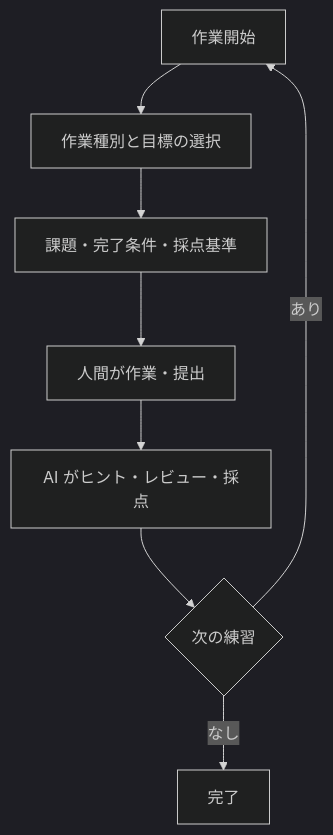
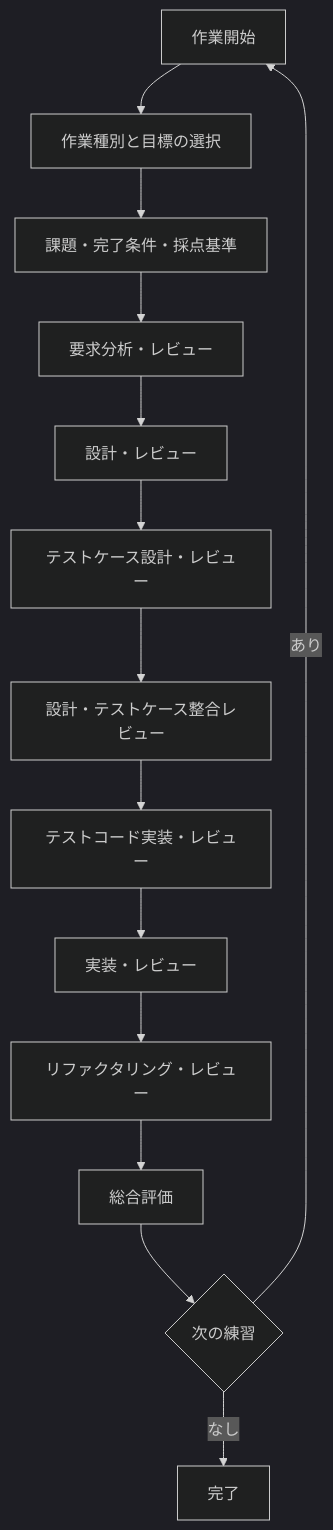
The diagram in .agents/guide/meta/project-flow.md (ajiponzu/practice-rust), drawn with Mermaid (dark theme) before and after one commit. The commit also changed other lines of this file and 17 other files, not shown here.

Commit message:
chore: adopt reviewed TDD practice flow

````diff
--- a/.agents/guide/meta/project-flow.md
+++ b/.agents/guide/meta/project-flow.md
@@ -5,10 +5,16 @@
 ```mermaid
 flowchart TD
     A[作業開始] --> B[作業種別と目標の選択]
     B --> C[課題・完了条件・採点基準]
-    C --> D[人間が作業・提出]
-    D --> E[AI がヒント・レビュー・採点]
-    E --> F{次の練習}
-    F -->|あり| A
-    F -->|なし| G[完了]
+    C --> D[要求分析・レビュー]
+    D --> E[設計・レビュー]
+    E --> F[テストケース設計・レビュー]
+    F --> G[設計・テストケース整合レビュー]
+    G --> H[テストコード実装・レビュー]
+    H --> I[実装・レビュー]
+    I --> J[リファクタリング・レビュー]
+    J --> K[総合評価]
+    K --> L{次の練習}
+    L -->|あり| A
+    L -->|なし| M[完了]
 ```
````
